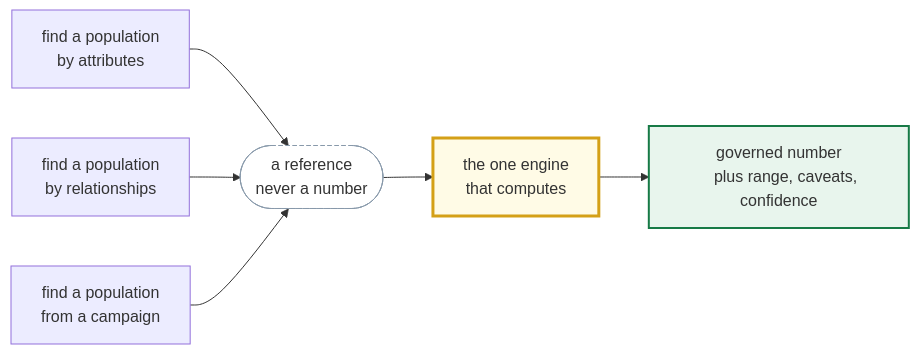
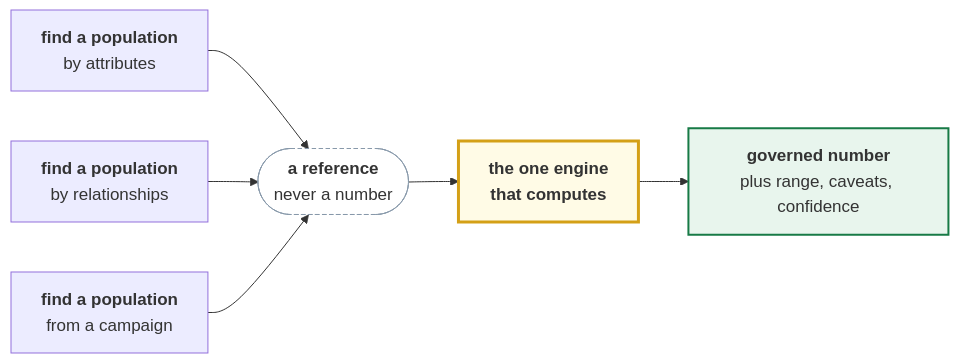
Before and after one commit to benkohcc/semantic-layer-for-ai-agents: the third of 3 diagrams in README.md, drawn with Mermaid. The commit also changed other lines of this file, not shown here.

First line of the commit message:
Bold the headers inside diagram nodes and raise the font size

````diff
--- a/README.md
+++ b/README.md
@@ -281,18 +283,19 @@
 ```mermaid
+%%{init: {'themeVariables': {'fontSize': '17px'}}}%%
 flowchart LR
-    A["find a population
-    by attributes"] --> H
-    B["find a population
-    by relationships"] --> H
-    C["find a population
-    from a campaign"] --> H
-    H(["a reference
-    never a number"]) --> M["the one engine
-    that computes"]
-    M --> N["governed number
-    plus range, caveats, confidence"]
+    A["`**find a population**
+    by attributes`"] --> H
+    B["`**find a population**
+    by relationships`"] --> H
+    C["`**find a population**
+    from a campaign`"] --> H
+    H(["`**a reference**
+    never a number`"]) --> M["`**the one engine
+    that computes**`"]
+    M --> N["`**governed number**
+    plus range, caveats, confidence`"]
 
     style M fill:#fffbe6,stroke:#d4a017,stroke-width:3px
     style H fill:#ffffff,stroke:#8899aa,stroke-dasharray: 4 3
     style N fill:#e8f5ed,stroke:#177a46,stroke-width:2px
 ```
````
